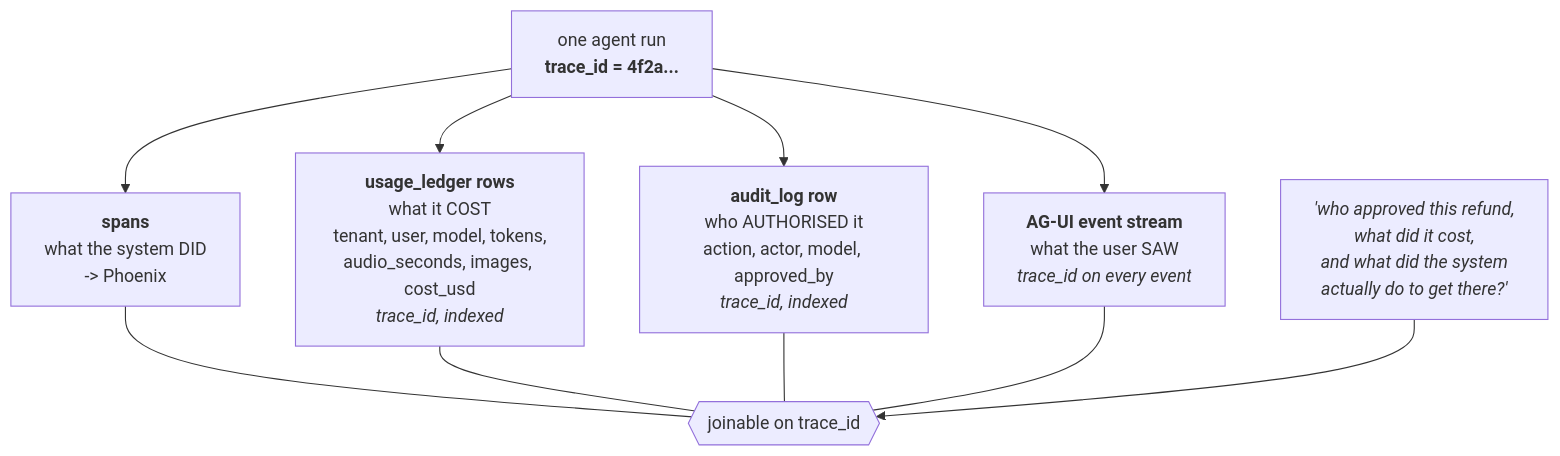
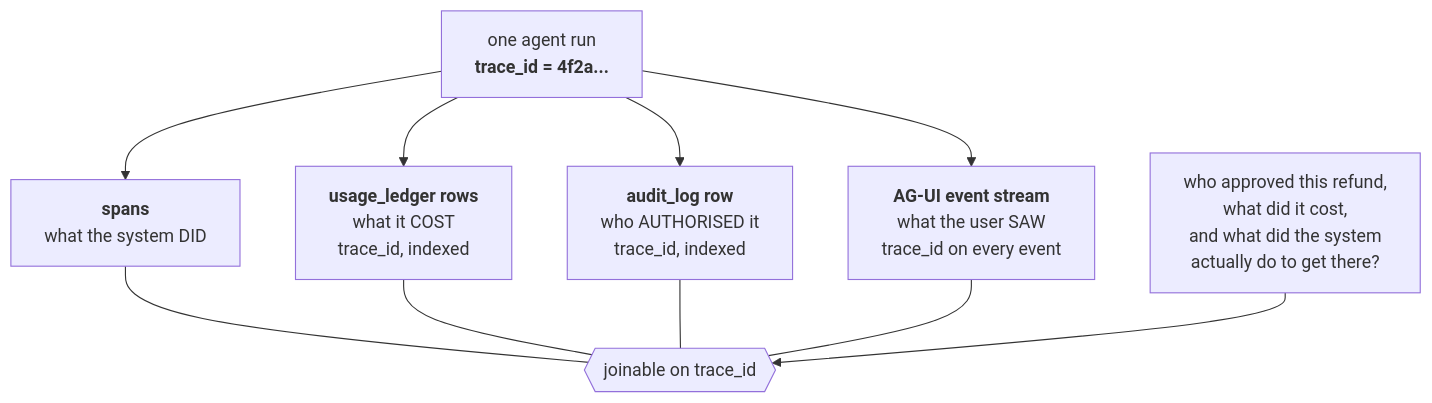
The fifth of 5 diagrams in docs/teaching/observability/40-diagrams.md (yrevash/aegis), drawn with Mermaid before and after one commit. The commit also changed other lines of this file and 111 other files, not shown here.

````diff
--- a/docs/teaching/observability/40-diagrams.md
+++ b/docs/teaching/observability/40-diagrams.md
@@ -127,15 +149,15 @@
 ```mermaid
 flowchart TB
-    RUN["one agent run<br/><b>trace_id = 4f2a...</b>"] --> SP["<b>spans</b><br/>what the system DID<br/>-> Phoenix"]
-    RUN --> LED["<b>usage_ledger rows</b><br/>what it COST<br/>tenant, user, model, tokens,<br/>audio_seconds, images, cost_usd<br/><i>trace_id, indexed</i>"]
-    RUN --> AUD["<b>audit_log row</b><br/>who AUTHORISED it<br/>action, actor, model, approved_by<br/><i>trace_id, indexed</i>"]
-    RUN --> EV["<b>AG-UI event stream</b><br/>what the user SAW<br/><i>trace_id on every event</i>"]
+    RUN["one agent run<br/><b>trace_id = 4f2a...</b>"] --> SP["<b>spans</b><br/>what the system DID"]
+    RUN --> LED["<b>usage_ledger rows</b><br/>what it COST<br/>trace_id, indexed"]
+    RUN --> AUD["<b>audit_log row</b><br/>who AUTHORISED it<br/>trace_id, indexed"]
+    RUN --> EV["<b>AG-UI event stream</b><br/>what the user SAW<br/>trace_id on every event"]
 
     SP --- J
     LED --- J
     AUD --- J
     EV --- J
     J{{"joinable on trace_id"}}
 
-    Q["<i>'who approved this refund,<br/>what did it cost,<br/>and what did the system<br/>actually do to get there?'</i>"] --> J
+    Q["who approved this refund,<br/>what did it cost,<br/>and what did the system<br/>actually do to get there?"] --> J
 ```
````
